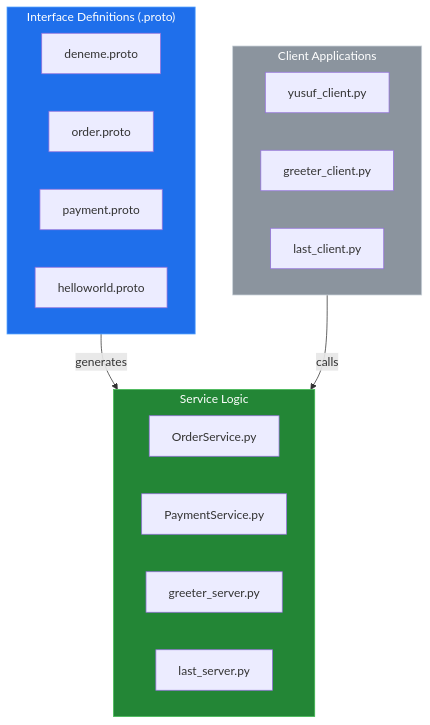
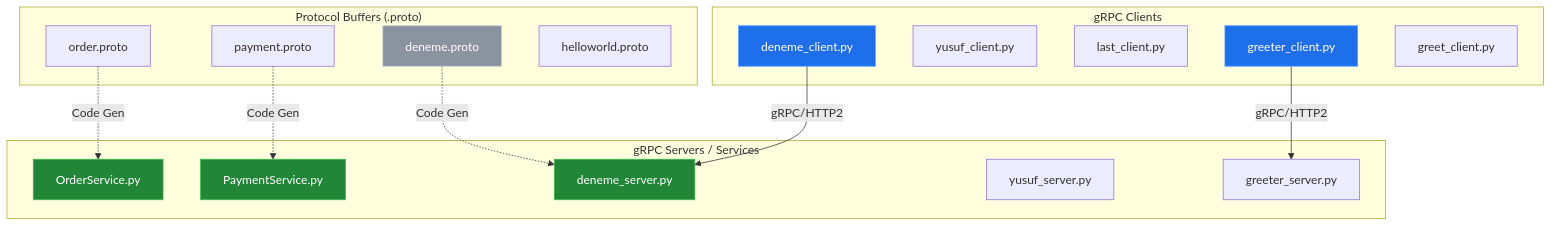
One commit to YusuffBulbul/GRPC_calisma changed the first of 2 diagrams in README_ARCH.md. Above: the diagram before and after it, drawn with Mermaid. The commit also changed other lines of this file, not shown here.

Commit message:
docs: update system blueprint and code review (2026-09-07)

````diff
--- a/README_ARCH.md
+++ b/README_ARCH.md
@@ -19,31 +20,39 @@
 ```mermaid
 flowchart TD
-    subgraph Protobuf_Layer["Interface Definitions (.proto)"]
+    subgraph Clients["gRPC Clients"]
+        C1["deneme_client.py"]
+        C2["yusuf_client.py"]
+        C3["last_client.py"]
+        C4["greeter_client.py"]
+        C5["greet_client.py"]
+    end
+
+    subgraph ProtoDefinitions["Protocol Buffers (.proto)"]
         P1["deneme.proto"]
         P2["order.proto"]
         P3["payment.proto"]
         P4["helloworld.proto"]
     end
 
-    subgraph Service_Implementation["Service Logic"]
-        direction LR
+    subgraph Services["gRPC Servers / Services"]
         S1["OrderService.py"]
         S2["PaymentService.py"]
-        S3["greeter_server.py"]
-        S4["last_server.py"]
+        S3["deneme_server.py"]
+        S4["yusuf_server.py"]
+        S5["greeter_server.py"]
     end
 
-    subgraph Client_Layer["Client Applications"]
-        C1["yusuf_client.py"]
-        C2["greeter_client.py"]
-        C3["last_client.py"]
-    end
+    C1 -->|"gRPC/HTTP2"| S3
+    C4 -->|"gRPC/HTTP2"| S5
+    P1 -.->|"Code Gen"| S3
+    P2 -.->|"Code Gen"| S1
+    P3 -.->|"Code Gen"| S2
 
-    Protobuf_Layer -->|"generates"| Service_Implementation
-    Client_Layer -->|"calls"| Service_Implementation
-
-    style Protobuf_Layer fill:#1f6feb,stroke:#58a6ff,color:#fff
-    style Service_Implementation fill:#238636,stroke:#3fb950,color:#fff
-    style Client_Layer fill:#8b949e,stroke:#c9d1d9,color:#fff
+    style C1 fill:#1f6feb,stroke:#58a6ff,color:#fff
+    style C4 fill:#1f6feb,stroke:#58a6ff,color:#fff
+    style S1 fill:#238636,stroke:#3fb950,color:#fff
+    style S2 fill:#238636,stroke:#3fb950,color:#fff
+    style S3 fill:#238636,stroke:#3fb950,color:#fff
+    style P1 fill:#8b949e,stroke:#c9d1d9,color:#fff
 
 ```
````
